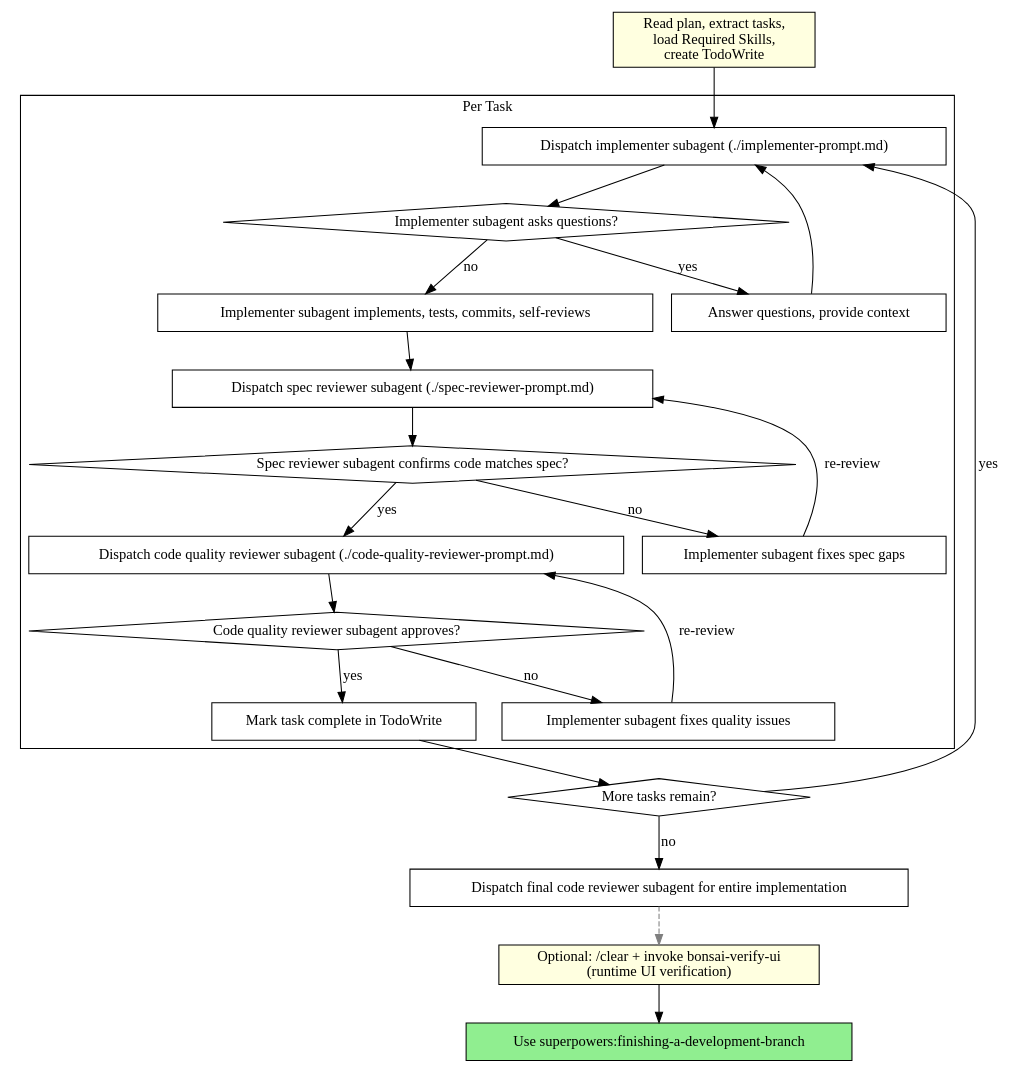
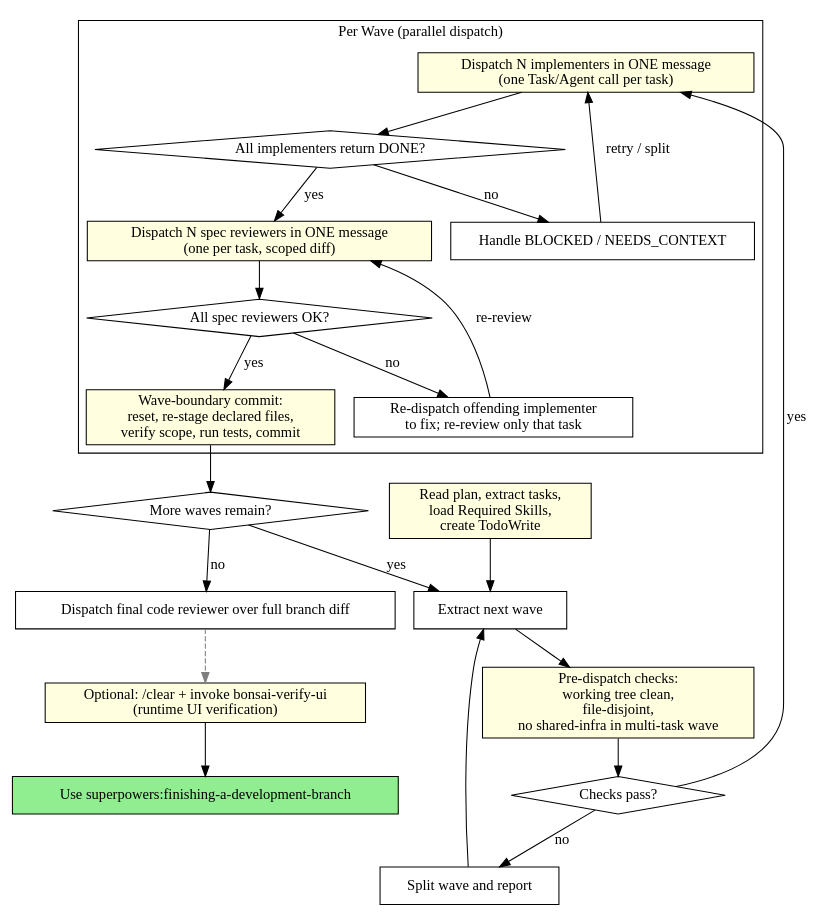
The second of 2 diagrams in skills/subagent-driven-development/SKILL.md (BonsaiSoftware/bonsaipowers), drawn with Graphviz before and after one commit. The commit also changed other lines of this file, not shown here.

Commit message:
feat(sadd): wave-based controller loop with parallel dispatch + wave commit

````diff
--- a/skills/subagent-driven-development/SKILL.md
+++ b/skills/subagent-driven-development/SKILL.md
@@ -42,47 +42,48 @@
 ```dot
 digraph process {
     rankdir=TB;
 
-    subgraph cluster_per_task {
-        label="Per Task";
-        "Dispatch implementer subagent (./implementer-prompt.md)" [shape=box];
-        "Implementer subagent asks questions?" [shape=diamond];
-        "Answer questions, provide context" [shape=box];
-        "Implementer subagent implements, tests, commits, self-reviews" [shape=box];
-        "Dispatch spec reviewer subagent (./spec-reviewer-prompt.md)" [shape=box];
-        "Spec reviewer subagent confirms code matches spec?" [shape=diamond];
-        "Implementer subagent fixes spec gaps" [shape=box];
-        "Dispatch code quality reviewer subagent (./code-quality-reviewer-prompt.md)" [shape=box];
-        "Code quality reviewer subagent approves?" [shape=diamond];
-        "Implementer subagent fixes quality issues" [shape=box];
-        "Mark task complete in TodoWrite" [shape=box];
+    "Read plan, extract tasks,\nload Required Skills,\ncreate TodoWrite" [shape=box style=filled fillcolor=lightyellow];
+    "Extract next wave" [shape=box];
+    "Pre-dispatch checks:\nworking tree clean,\nfile-disjoint,\nno shared-infra in multi-task wave" [shape=box style=filled fillcolor=lightyellow];
+    "Checks pass?" [shape=diamond];
+    "Split wave and report" [shape=box];
+
+    subgraph cluster_wave {
+        label="Per Wave (parallel dispatch)";
+        "Dispatch N implementers in ONE message\n(one Task/Agent call per task)" [shape=box style=filled fillcolor=lightyellow];
+        "All implementers return DONE?" [shape=diamond];
+        "Handle BLOCKED / NEEDS_CONTEXT" [shape=box];
+        "Dispatch N spec reviewers in ONE message\n(one per task, scoped diff)" [shape=box style=filled fillcolor=lightyellow];
+        "All spec reviewers OK?" [shape=diamond];
+        "Re-dispatch offending implementer\nto fix; re-review only that task" [shape=box];
+        "Wave-boundary commit:\nreset, re-stage declared files,\nverify scope, run tests, commit" [shape=box style=filled fillcolor=lightyellow];
     }
 
-    "Read plan, extract tasks,\nload Required Skills,\ncreate TodoWrite" [shape=box style=filled fillcolor=lightyellow];
-    "More tasks remain?" [shape=diamond];
-    "Dispatch final code reviewer subagent for entire implementation" [shape=box];
+    "More waves remain?" [shape=diamond];
+    "Dispatch final code reviewer over full branch diff" [shape=box];
     "Use superpowers:finishing-a-development-branch" [shape=box style=filled fillcolor=lightgreen];
 
-    "Read plan, extract tasks,\nload Required Skills,\ncreate TodoWrite" -> "Dispatch implementer subagent (./implementer-prompt.md)";
-    "Dispatch implementer subagent (./implementer-prompt.md)" -> "Implementer subagent asks questions?";
-    "Implementer subagent asks questions?" -> "Answer questions, provide context" [label="yes"];
-    "Answer questions, provide context" -> "Dispatch implementer subagent (./implementer-prompt.md)";
-    "Implementer subagent asks questions?" -> "Implementer subagent implements, tests, commits, self-reviews" [label="no"];
-    "Implementer subagent implements, tests, commits, self-reviews" -> "Dispatch spec reviewer subagent (./spec-reviewer-prompt.md)";
-    "Dispatch spec reviewer subagent (./spec-reviewer-prompt.md)" -> "Spec reviewer subagent confirms code matches spec?";
-    "Spec reviewer subagent confirms code matches spec?" -> "Implementer subagent fixes spec gaps" [label="no"];
-    "Implementer subagent fixes spec gaps" -> "Dispatch spec reviewer subagent (./spec-reviewer-prompt.md)" [label="re-review"];
-    "Spec reviewer subagent confirms code matches spec?" -> "Dispatch code quality reviewer subagent (./code-quality-reviewer-prompt.md)" [label="yes"];
-    "Dispatch code quality reviewer subagent (./code-quality-reviewer-prompt.md)" -> "Code quality reviewer subagent approves?";
-    "Code quality reviewer subagent approves?" -> "Implementer subagent fixes quality issues" [label="no"];
-    "Implementer subagent fixes quality issues" -> "Dispatch code quality reviewer subagent (./code-quality-reviewer-prompt.md)" [label="re-review"];
-    "Code quality reviewer subagent approves?" -> "Mark task complete in TodoWrite" [label="yes"];
-    "Mark task complete in TodoWrite" -> "More tasks remain?";
-    "More tasks remain?" -> "Dispatch implementer subagent (./implementer-prompt.md)" [label="yes"];
-    "More tasks remain?" -> "Dispatch final code reviewer subagent for entire implementation" [label="no"];
-    // BONSAI TIER-2 EDIT: optional bonsai-verify-ui breadcrumb — dashed edge + lightyellow node. See "Optional Runtime Verification (Bonsai)" section marker further down for full description.
-    "Dispatch final code reviewer subagent for entire implementation" -> "Optional: /clear + invoke bonsai-verify-ui\n(runtime UI verification)" [style=dashed, color=gray50];
+    "Read plan, extract tasks,\nload Required Skills,\ncreate TodoWrite" -> "Extract next wave";
+    "Extract next wave" -> "Pre-dispatch checks:\nworking tree clean,\nfile-disjoint,\nno shared-infra in multi-task wave";
+    "Pre-dispatch checks:\nworking tree clean,\nfile-disjoint,\nno shared-infra in multi-task wave" -> "Checks pass?";
+    "Checks pass?" -> "Split wave and report" [label="no"];
+    "Split wave and report" -> "Extract next wave";
+    "Checks pass?" -> "Dispatch N implementers in ONE message\n(one Task/Agent call per task)" [label="yes"];
+    "Dispatch N implementers in ONE message\n(one Task/Agent call per task)" -> "All implementers return DONE?";
+    "All implementers return DONE?" -> "Handle BLOCKED / NEEDS_CONTEXT" [label="no"];
+    "Handle BLOCKED / NEEDS_CONTEXT" -> "Dispatch N implementers in ONE message\n(one Task/Agent call per task)" [label="retry / split"];
+    "All implementers return DONE?" -> "Dispatch N spec reviewers in ONE message\n(one per task, scoped diff)" [label="yes"];
+    "Dispatch N spec reviewers in ONE message\n(one per task, scoped diff)" -> "All spec reviewers OK?";
+    "All spec reviewers OK?" -> "Re-dispatch offending implementer\nto fix; re-review only that task" [label="no"];
+    "Re-dispatch offending implementer\nto fix; re-review only that task" -> "Dispatch N spec reviewers in ONE message\n(one per task, scoped diff)" [label="re-review"];
+    "All spec reviewers OK?" -> "Wave-boundary commit:\nreset, re-stage declared files,\nverify scope, run tests, commit" [label="yes"];
+    "Wave-boundary commit:\nreset, re-stage declared files,\nverify scope, run tests, commit" -> "More waves remain?";
+    "More waves remain?" -> "Extract next wave" [label="yes"];
+    "More waves remain?" -> "Dispatch final code reviewer over full branch diff" [label="no"];
+    // BONSAI TIER-2 EDIT: speed-mode parallel flow (2026-04-24) — wave-based graph replaces per-task serial graph. See docs/bonsai/tier-2-edits.md.
+    "Dispatch final code reviewer over full branch diff" -> "Optional: /clear + invoke bonsai-verify-ui\n(runtime UI verification)" [style=dashed, color=gray50];
     "Optional: /clear + invoke bonsai-verify-ui\n(runtime UI verification)" [shape=box style=filled fillcolor=lightyellow];
     "Optional: /clear + invoke bonsai-verify-ui\n(runtime UI verification)" -> "Use superpowers:finishing-a-development-branch";
 }
 ```
````
